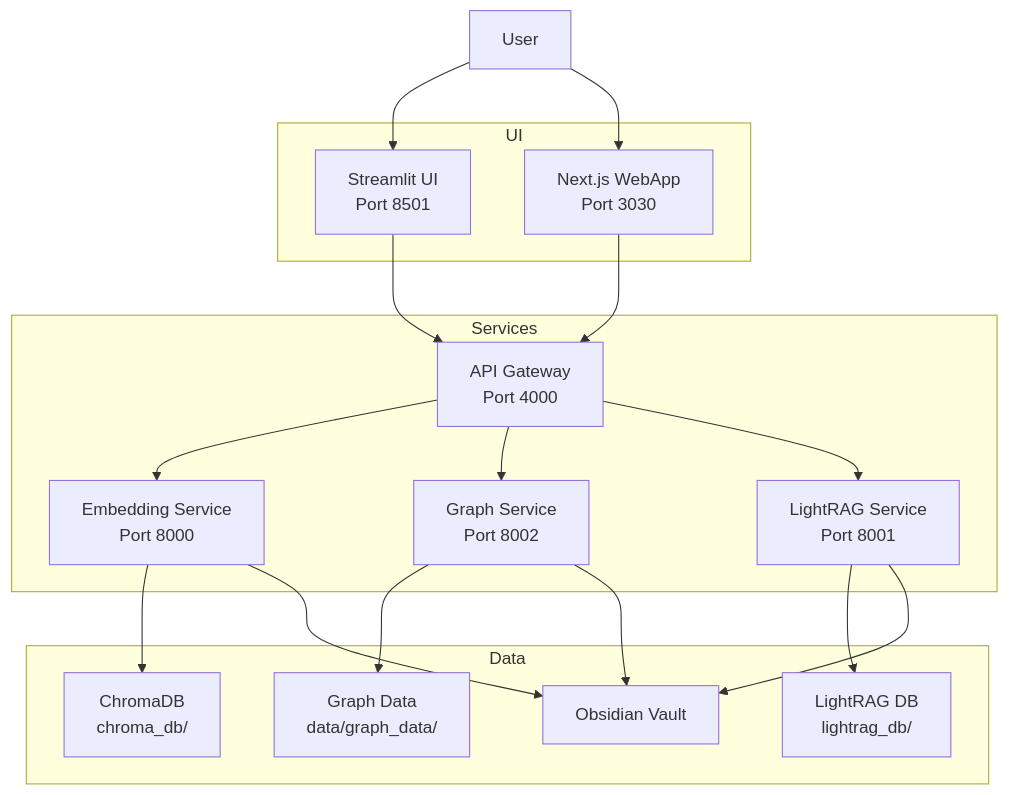
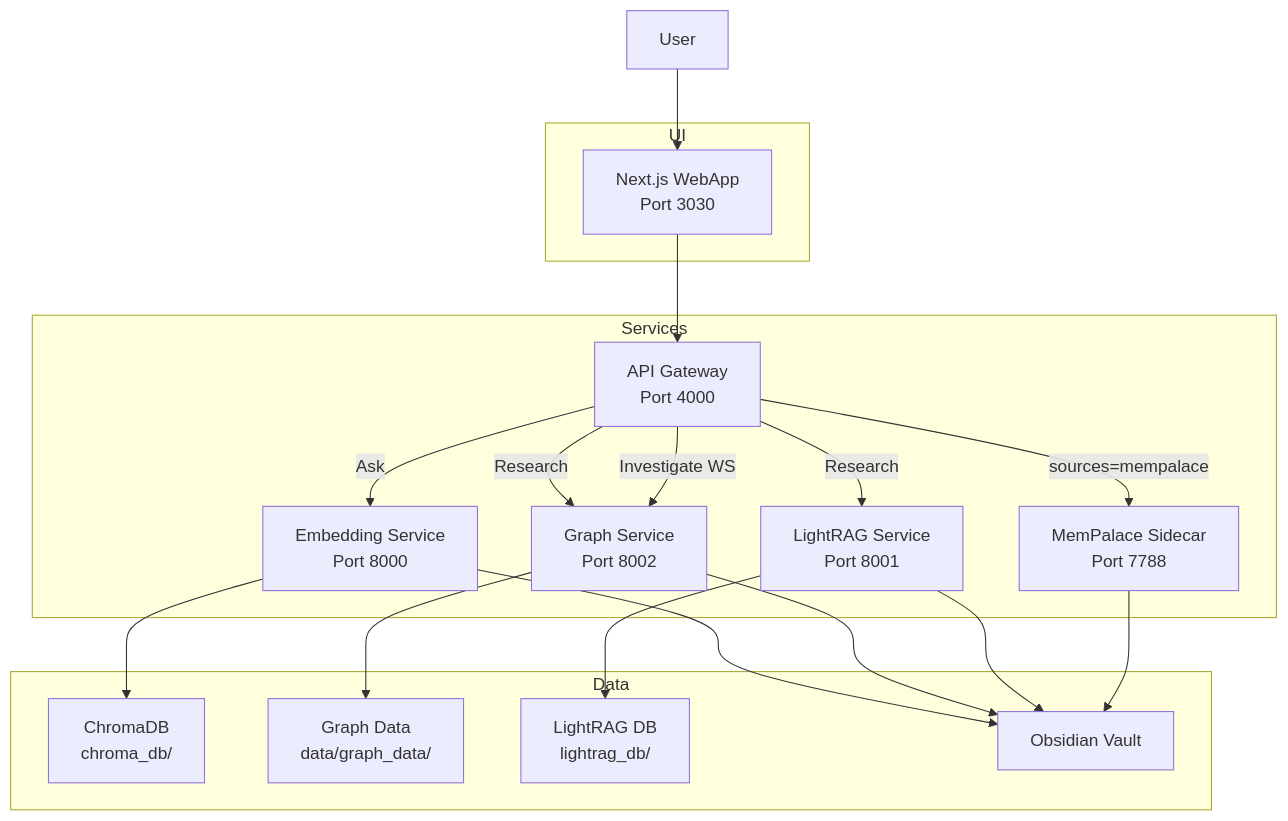
One commit to powskierman/obsidian_rag changed the diagram in Documentation/reference/architecture/SYSTEM_ARCHITECTURE_DIAGRAM.md. Above: the diagram before and after it, drawn with Mermaid. The commit also changed 15 other files, not shown here.

First line of the commit message:
Update docs for Ask/Research/Investigate mode consolidation

````diff
--- a/Documentation/reference/architecture/SYSTEM_ARCHITECTURE_DIAGRAM.md
+++ b/Documentation/reference/architecture/SYSTEM_ARCHITECTURE_DIAGRAM.md
@@ -5,45 +5,47 @@
 ```mermaid
 graph TB
     User[User]
 
     subgraph UI
-        Streamlit[Streamlit UI
-Port 8501]
         WebApp[Next.js WebApp
 Port 3030]
     end
 
     subgraph Services
         Gateway[API Gateway
 Port 4000]
         Vector[Embedding Service
 Port 8000]
         Graph[Graph Service
 Port 8002]
         LightRAG[LightRAG Service
 Port 8001]
+        MemPalace[MemPalace Sidecar
+Port 7788]
     end
 
     subgraph Data
         Chroma[ChromaDB
 chroma_db/]
         GraphData[Graph Data
 data/graph_data/]
         LightData[LightRAG DB
 lightrag_db/]
         Vault[Obsidian Vault]
     end
 
-    User --> Streamlit --> Gateway
     User --> WebApp --> Gateway
-    Gateway --> Vector
-    Gateway --> Graph
-    Gateway --> LightRAG
+    Gateway -->|Ask| Vector
+    Gateway -->|Research| Graph
+    Gateway -->|Research| LightRAG
+    Gateway -->|Investigate WS| Graph
+    Gateway -->|sources=mempalace| MemPalace
 
     Vector --> Chroma
     Vector --> Vault
     Graph --> GraphData
     Graph --> Vault
     LightRAG --> LightData
     LightRAG --> Vault
+    MemPalace --> Vault
 ```
````
